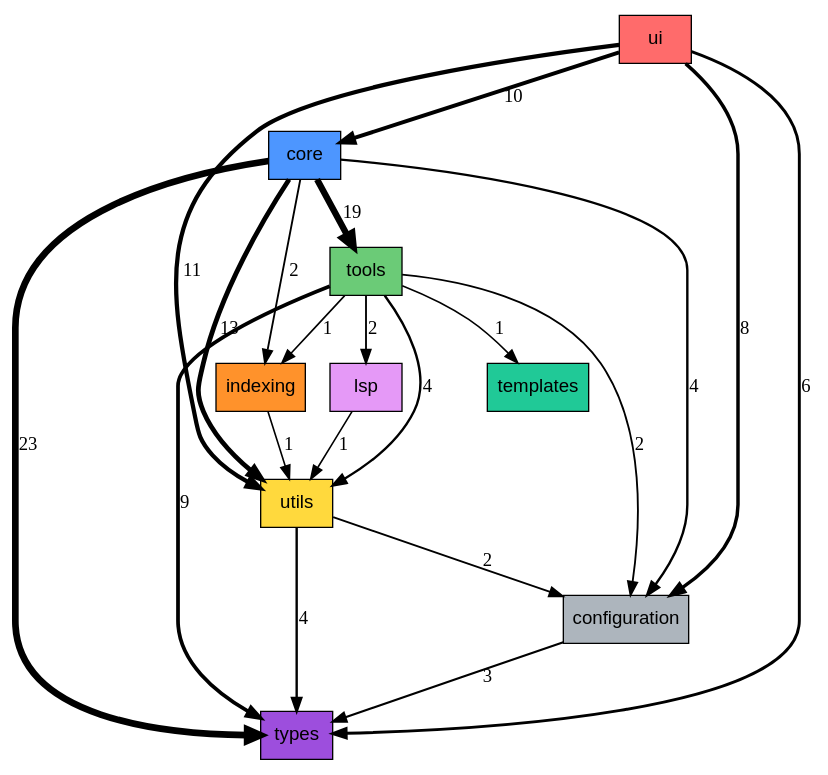
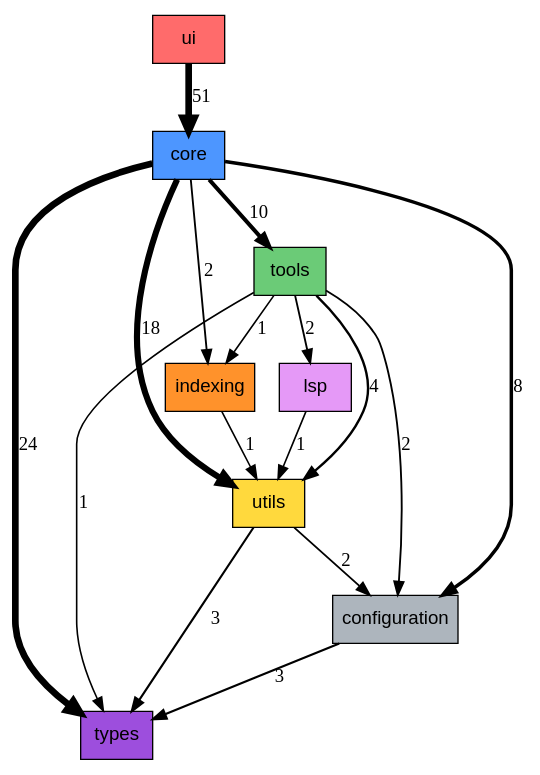
One commit to ryumacodes/tunacode changed the diagram in layers.dot. Above: the diagram before and after it, drawn with Graphviz. The commit also changed 37 other files, not shown here.

Commit message:
fix: resolve core types layering and refresh dependency maps

```diff
--- a/layers.dot
+++ b/layers.dot
@@ -1,35 +1,30 @@
 digraph tunacode_layers {
   rankdir=TB;
   node [shape=box, style=filled, fontname="Arial"];
 
   ui [label="ui", fillcolor="#ff6b6b"];
   core [label="core", fillcolor="#4d96ff"];
   tools [label="tools", fillcolor="#6bcb77"];
   utils [label="utils", fillcolor="#ffd93d"];
   types [label="types", fillcolor="#9d4edd"];
   configuration [label="configuration", fillcolor="#adb5bd"];
   indexing [label="indexing", fillcolor="#ff922b"];
   lsp [label="lsp", fillcolor="#e599f7"];
-  templates [label="templates", fillcolor="#20c997"];
 
   configuration -> types [label="3", penwidth=1.6];
-  core -> configuration [label="4", penwidth=1.8];
+  core -> configuration [label="8", penwidth=2.6];
   core -> indexing [label="2", penwidth=1.4];
-  core -> tools [label="19", penwidth=4.8];
-  core -> types [label="23", penwidth=5];
-  core -> utils [label="13", penwidth=3.6];
+  core -> tools [label="10", penwidth=3.0];
+  core -> types [label="24", penwidth=5];
+  core -> utils [label="18", penwidth=4.6];
   indexing -> utils [label="1", penwidth=1.2];
   lsp -> utils [label="1", penwidth=1.2];
   tools -> configuration [label="2", penwidth=1.4];
   tools -> indexing [label="1", penwidth=1.2];
   tools -> lsp [label="2", penwidth=1.4];
-  tools -> templates [label="1", penwidth=1.2];
-  tools -> types [label="9", penwidth=2.8];
+  tools -> types [label="1", penwidth=1.2];
   tools -> utils [label="4", penwidth=1.8];
-  ui -> configuration [label="8", penwidth=2.6];
-  ui -> core [label="10", penwidth=3.0];
-  ui -> types [label="6", penwidth=2.2];
-  ui -> utils [label="11", penwidth=3.2];
+  ui -> core [label="51", penwidth=5];
   utils -> configuration [label="2", penwidth=1.4];
-  utils -> types [label="4", penwidth=1.8];
+  utils -> types [label="3", penwidth=1.6];
 }
```
